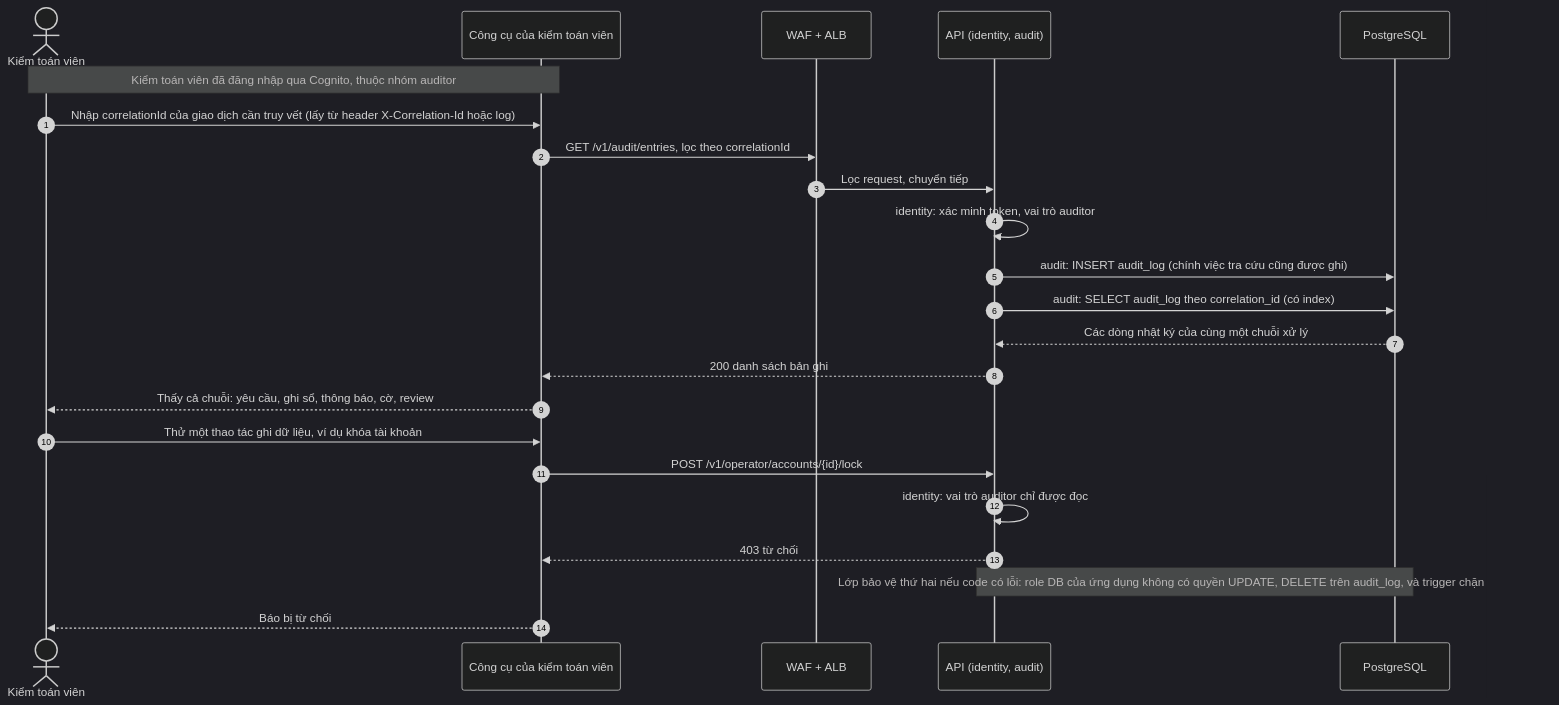
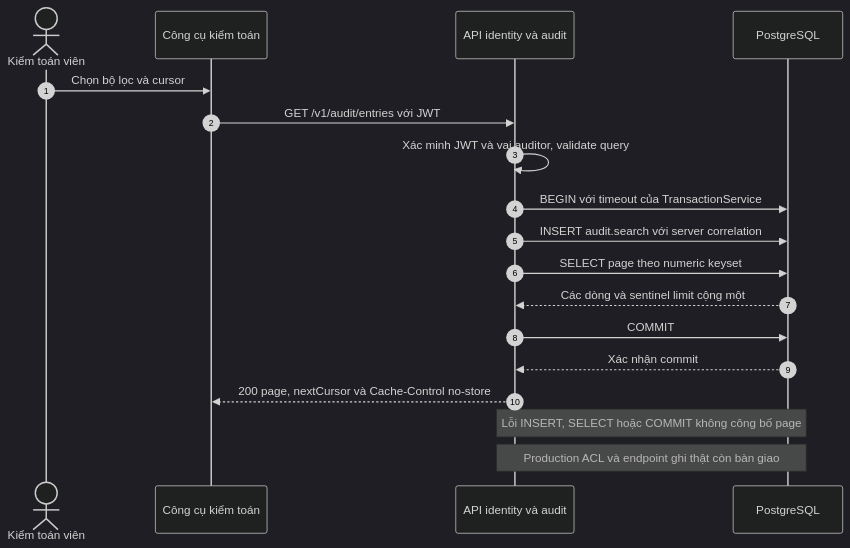
Before and after one commit to Lawliet119/digital-banking-simulator: the ninth of 14 diagrams in docs/03_HIGH_LEVEL_ARCHITECTURE.md, drawn with Mermaid (dark theme). The commit also changed other lines of this file and 16 other files, not shown here.

Commit message:
docs(audit): document search and remaining acceptance

````diff
--- a/docs/03_HIGH_LEVEL_ARCHITECTURE.md
+++ b/docs/03_HIGH_LEVEL_ARCHITECTURE.md
@@ -446,26 +450,20 @@
 ```mermaid
 sequenceDiagram
     autonumber
     actor KT as Kiểm toán viên
-    participant APP as Công cụ của kiểm toán viên
-    participant EDGE as WAF + ALB
-    participant API as API (identity, audit)
+    participant APP as Công cụ kiểm toán
+    participant API as API identity và audit
     participant DB as PostgreSQL
-
-    Note over KT,APP: Kiểm toán viên đã đăng nhập qua Cognito, thuộc nhóm auditor
-    KT->>APP: Nhập correlationId của giao dịch cần truy vết (lấy từ header X-Correlation-Id hoặc log)
-    APP->>EDGE: GET /v1/audit/entries, lọc theo correlationId
-    EDGE->>API: Lọc request, chuyển tiếp
-    API->>API: identity: xác minh token, vai trò auditor
-    API->>DB: audit: INSERT audit_log (chính việc tra cứu cũng được ghi)
-    API->>DB: audit: SELECT audit_log theo correlation_id (có index)
-    DB-->>API: Các dòng nhật ký của cùng một chuỗi xử lý
-    API-->>APP: 200 danh sách bản ghi
-    APP-->>KT: Thấy cả chuỗi: yêu cầu, ghi sổ, thông báo, cờ, review
-    KT->>APP: Thử một thao tác ghi dữ liệu, ví dụ khóa tài khoản
-    APP->>API: POST /v1/operator/accounts/{id}/lock
-    API->>API: identity: vai trò auditor chỉ được đọc
-    API-->>APP: 403 từ chối
-    Note over API,DB: Lớp bảo vệ thứ hai nếu code có lỗi: role DB của ứng dụng không có quyền UPDATE, DELETE trên audit_log, và trigger chặn cả chủ bảng
-    APP-->>KT: Báo bị từ chối
+    KT->>APP: Chọn bộ lọc và cursor
+    APP->>API: GET /v1/audit/entries với JWT
+    API->>API: Xác minh JWT và vai auditor, validate query
+    API->>DB: BEGIN với timeout của TransactionService
+    API->>DB: INSERT audit.search với server correlation
+    API->>DB: SELECT page theo numeric keyset
+    DB-->>API: Các dòng và sentinel limit cộng một
+    API->>DB: COMMIT
+    DB-->>API: Xác nhận commit
+    API-->>APP: 200 page, nextCursor và Cache-Control no-store
+    Note over API,DB: Lỗi INSERT, SELECT hoặc COMMIT không công bố page
+    Note over API,DB: Production ACL và endpoint ghi thật còn bàn giao
 ```
````
